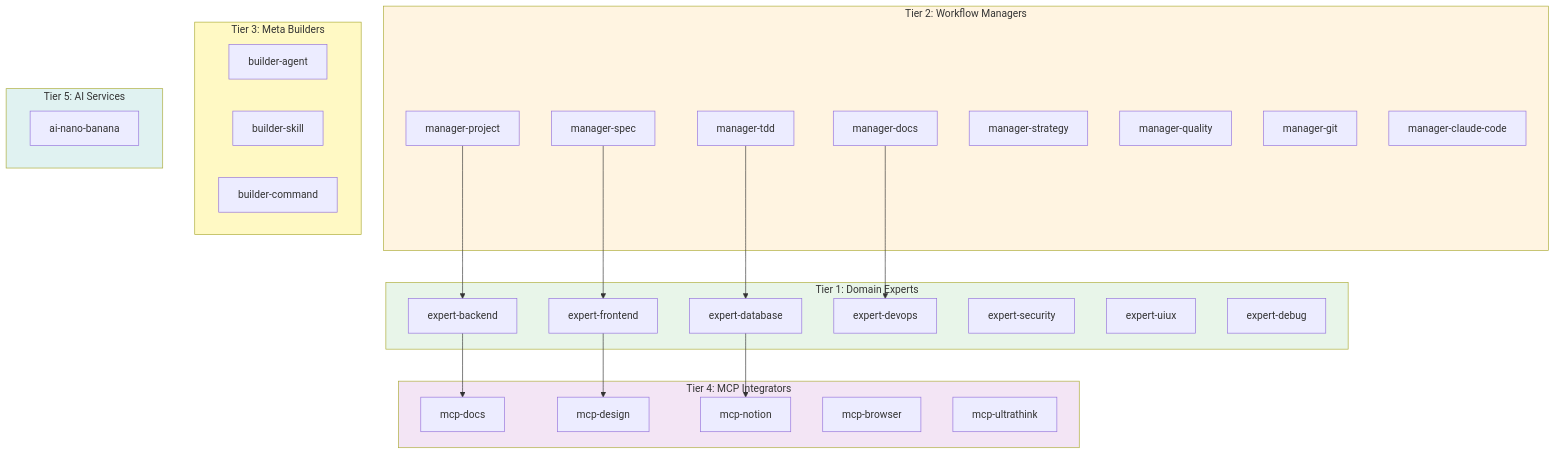
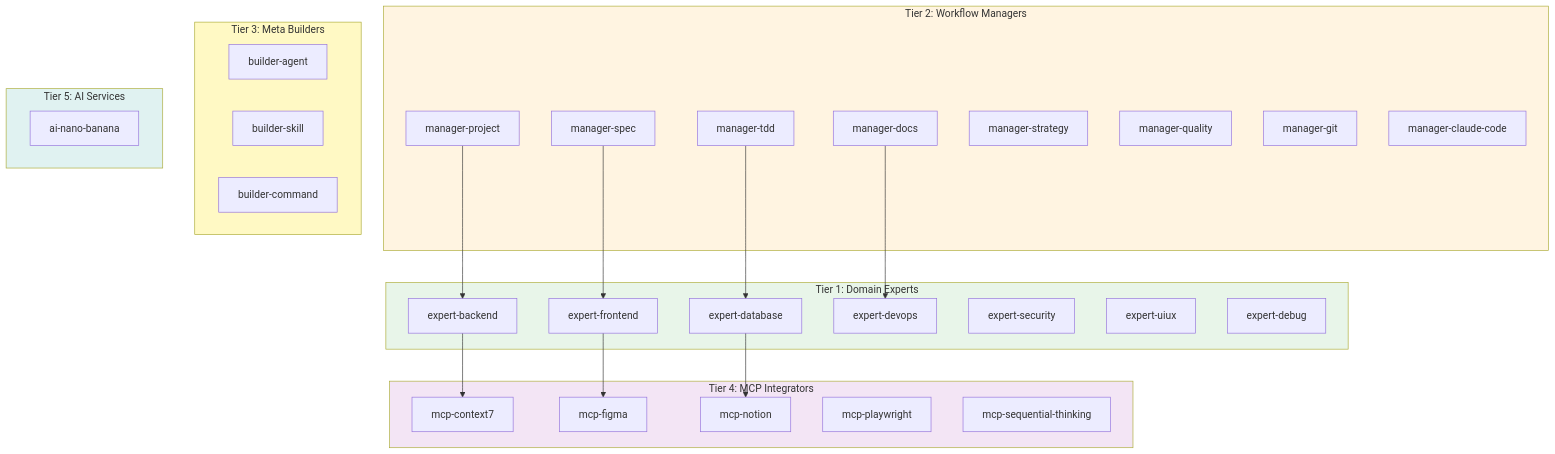
Before and after one commit to modu-ai/moai-adk: the fifth of 9 diagrams in README.ko.md, drawn with Mermaid. The commit also changed other lines of this file and 38 other files, not shown here.

````diff
--- a/README.ko.md
+++ b/README.ko.md
@@ -1235,56 +1235,56 @@
 ```mermaid
 graph TB
     subgraph Tier1["Tier 1: Domain Experts"]
         E1[expert-backend]
         E2[expert-frontend]
         E3[expert-database]
         E4[expert-devops]
         E5[expert-security]
         E6[expert-uiux]
         E7[expert-debug]
     end
 
     subgraph Tier2["Tier 2: Workflow Managers"]
         M1[manager-project]
         M2[manager-spec]
         M3[manager-tdd]
         M4[manager-docs]
         M5[manager-strategy]
         M6[manager-quality]
         M7[manager-git]
         M8[manager-claude-code]
     end
 
     subgraph Tier3["Tier 3: Meta Builders"]
         B1[builder-agent]
         B2[builder-skill]
         B3[builder-command]
     end
 
     subgraph Tier4["Tier 4: MCP Integrators"]
-        MC1[mcp-docs]
-        MC2[mcp-design]
+        MC1[mcp-context7]
+        MC2[mcp-figma]
         MC3[mcp-notion]
-        MC4[mcp-browser]
-        MC5[mcp-ultrathink]
+        MC4[mcp-playwright]
+        MC5[mcp-sequential-thinking]
     end
 
     subgraph Tier5["Tier 5: AI Services"]
         A1[ai-nano-banana]
     end
 
     M1 --> E1
     M2 --> E2
     M3 --> E3
     M4 --> E4
 
     E1 --> MC1
     E2 --> MC2
     E3 --> MC3
 
     style Tier1 fill:#e8f5e9
     style Tier2 fill:#fff4e1
     style Tier3 fill:#fff9c4
     style Tier4 fill:#f3e5f5
     style Tier5 fill:#e0f2f1
 ```
````
